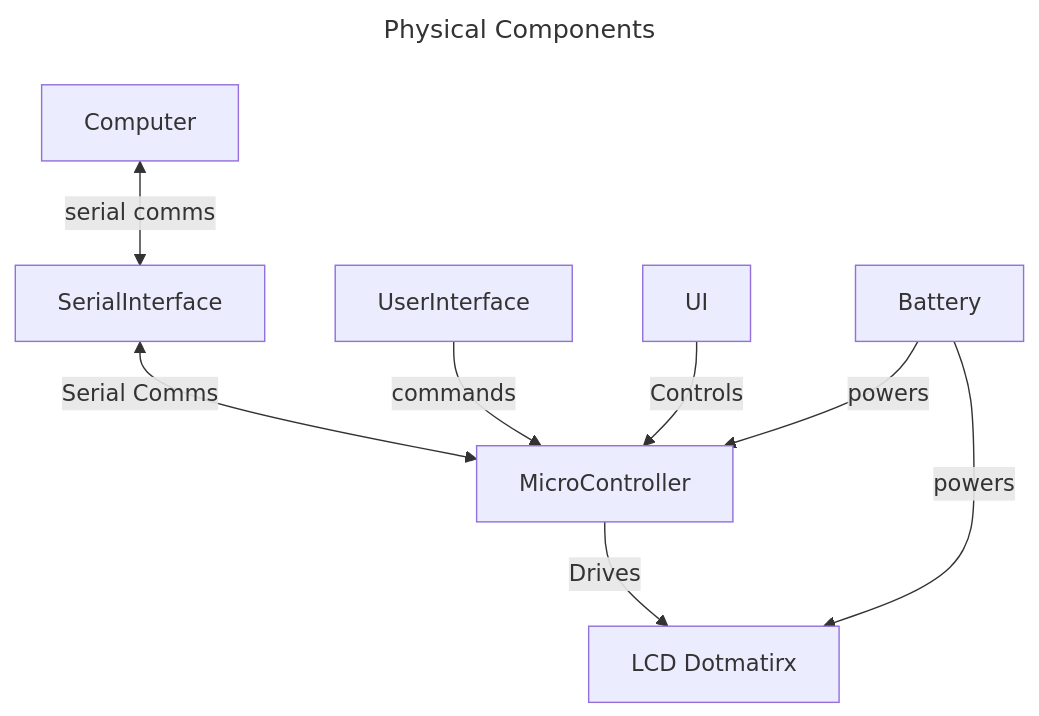
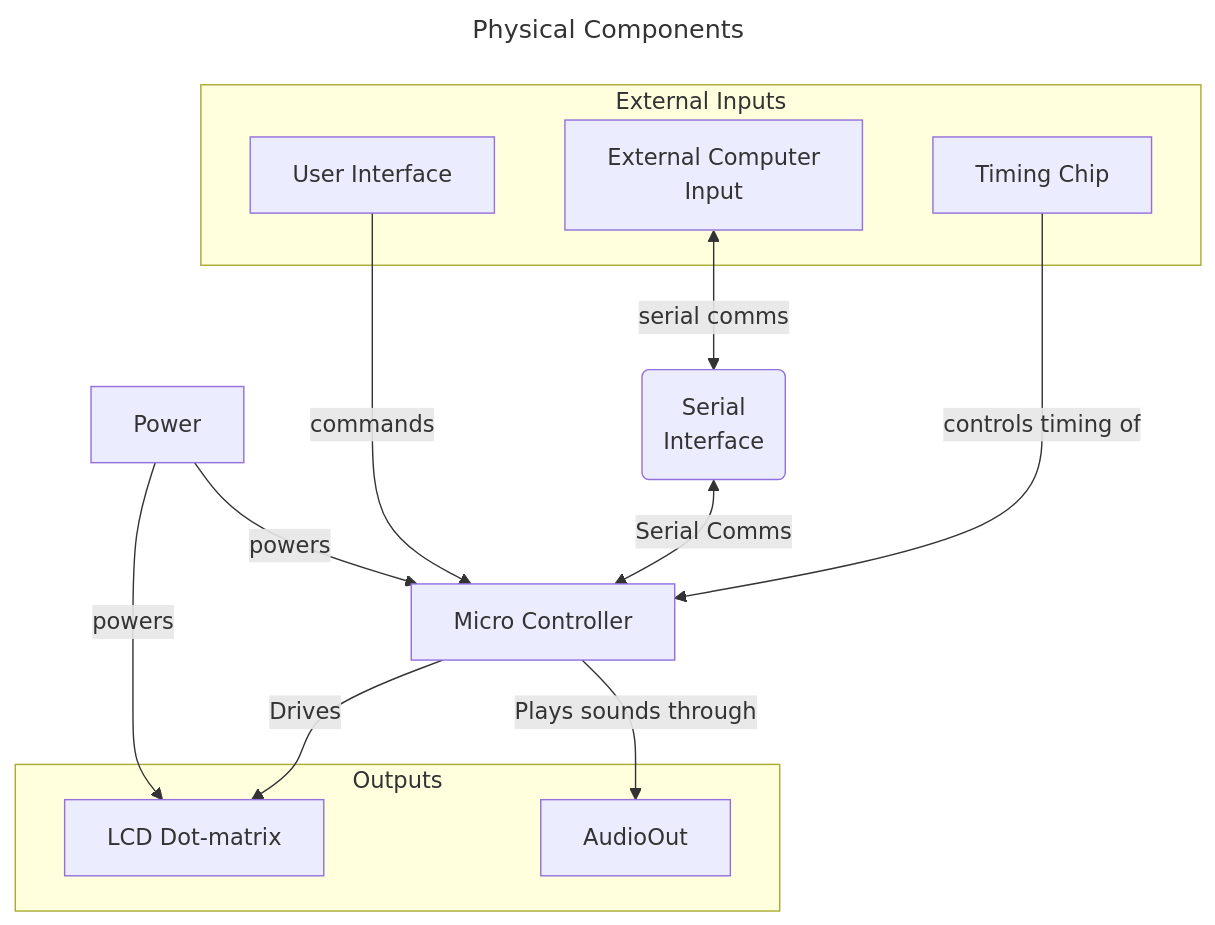
The first of 2 diagrams in readme.md (jack4hughes/embedded_clock_project), drawn with Mermaid before and after one commit. The commit also changed other lines of this file and 10 other files, not shown here.

````diff
--- a/readme.md
+++ b/readme.md
@@ -17,16 +42,34 @@
 ```mermaid
 ---
 title: Physical Components
 ---
 flowchart
-DotMatrixScreen[LCD Dotmatirx]
-MicroController
+
+MicroController[Micro Controller]
+
+subgraph External Inputs
+Timer[Timing Chip]
+UserInterface[User Interface]
+Computer["External Computer 
+Input"]
+end
+
+SerialInterface("Serial 
+Interface")
+Battery[Power]
+
+subgraph Outputs
+DotMatrixScreen[LCD Dot-matrix]
+AudioOut
+end 
+
+Timer -- controls timing of ---> MicroController
 SerialInterface <-- Serial Comms --> MicroController
-UserInterface -- commands --> MicroController
+UserInterface -- commands ---> MicroController
 MicroController -- Drives --> DotMatrixScreen
-UI -- Controls --> MicroController
 Battery -- powers --> MicroController
 Battery -- powers --> DotMatrixScreen
 Computer <-- serial comms--> SerialInterface
+MicroController -- Plays sounds through --> AudioOut
 
 ```
````
